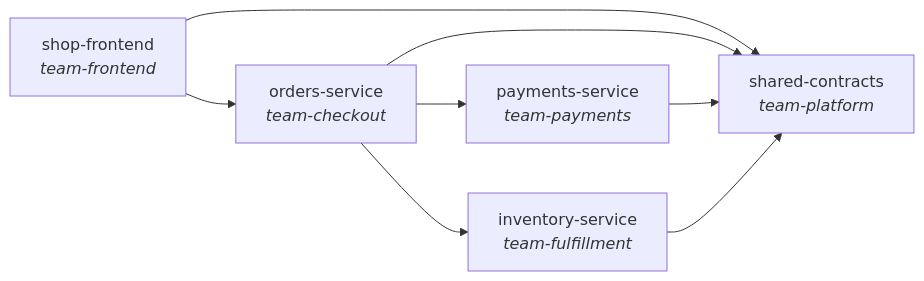
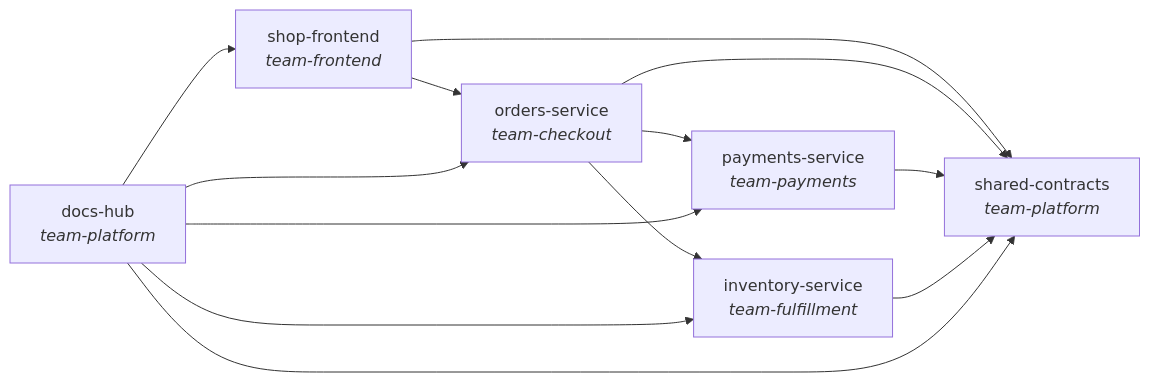
The diagram in docs/catalog.md (elmersson/poc-docs-hub), drawn with Mermaid before and after one commit. The commit also changed other lines of this file and 29 other files, not shown here.

Commit message:
docs-hub documents itself: catalog entry, platform-docs (pipeline ref, ADR-0001, build-failure runbook), self-aggregation in pipeline; fix services redirect loop + remove nested repo-template copy (#26)

````diff
--- a/docs/catalog.md
+++ b/docs/catalog.md
@@ -25,15 +26,21 @@
 ```mermaid
 graph LR
   shop_frontend["shop-frontend<br/><i>team-frontend</i>"]
   orders_service["orders-service<br/><i>team-checkout</i>"]
   payments_service["payments-service<br/><i>team-payments</i>"]
   inventory_service["inventory-service<br/><i>team-fulfillment</i>"]
   shared_contracts["shared-contracts<br/><i>team-platform</i>"]
+  docs_hub["docs-hub<br/><i>team-platform</i>"]
   shop_frontend --> orders_service
   shop_frontend --> shared_contracts
   orders_service --> payments_service
   orders_service --> inventory_service
   orders_service --> shared_contracts
   payments_service --> shared_contracts
   inventory_service --> shared_contracts
+  docs_hub --> shop_frontend
+  docs_hub --> orders_service
+  docs_hub --> payments_service
+  docs_hub --> inventory_service
+  docs_hub --> shared_contracts
 ```
````
